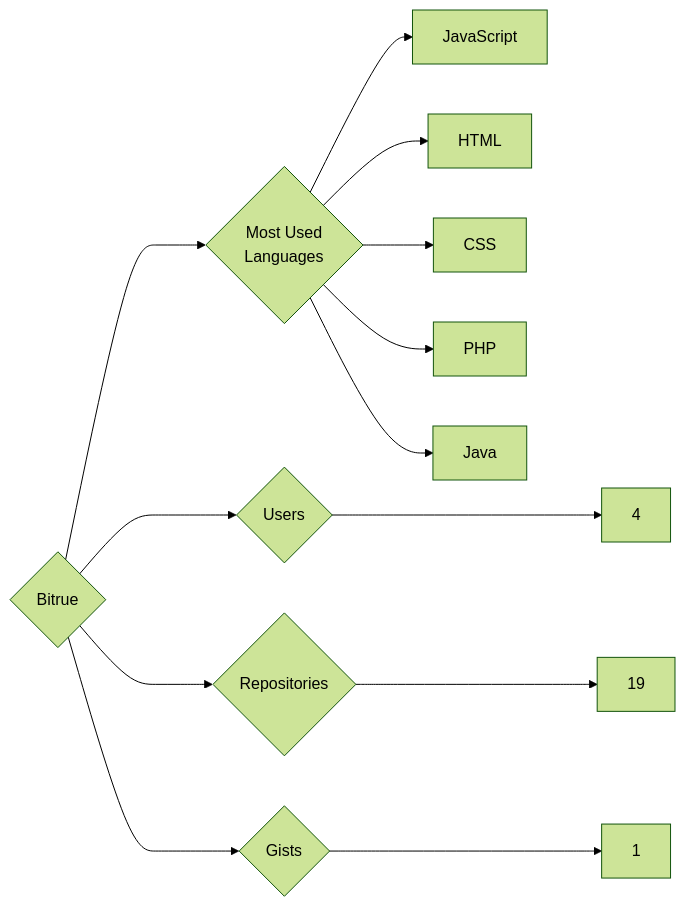
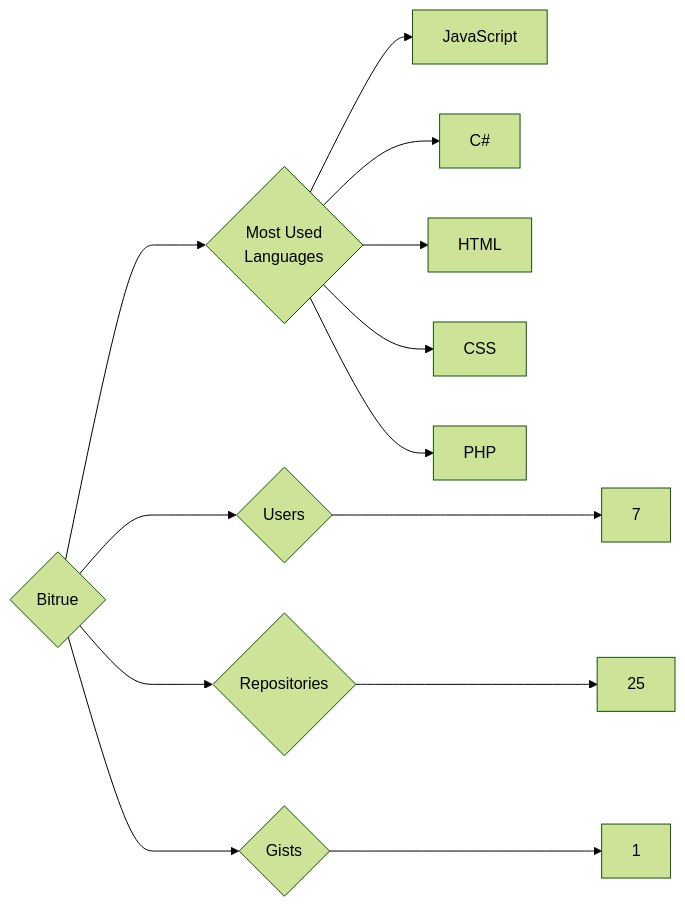
The diagram in targets/Bitrue/README.md (trickest/insiders), drawn with Mermaid (forest theme) before and after one commit. The commit also changed 682 other files, not shown here.

````diff
--- a/targets/Bitrue/README.md
+++ b/targets/Bitrue/README.md
@@ -3,13 +3,13 @@
 ```mermaid
 graph LR
 COMPANY_NAME{Bitrue}
-COMPANY_NAME ---> U{Users} ---> UN[4]
-COMPANY_NAME ---> R{Repositories} ---> RN[19]
+COMPANY_NAME ---> U{Users} ---> UN[7]
+COMPANY_NAME ---> R{Repositories} ---> RN[25]
 COMPANY_NAME ---> G{Gists} ---> GN[1]
 COMPANY_NAME ---> ML{Most Used<br>Languages}
 ML --> JavaScript[JavaScript]
+ML --> C#[C#]
 ML --> HTML[HTML]
 ML --> CSS[CSS]
 ML --> PHP[PHP]
-ML --> Java[Java]
 ```
````
